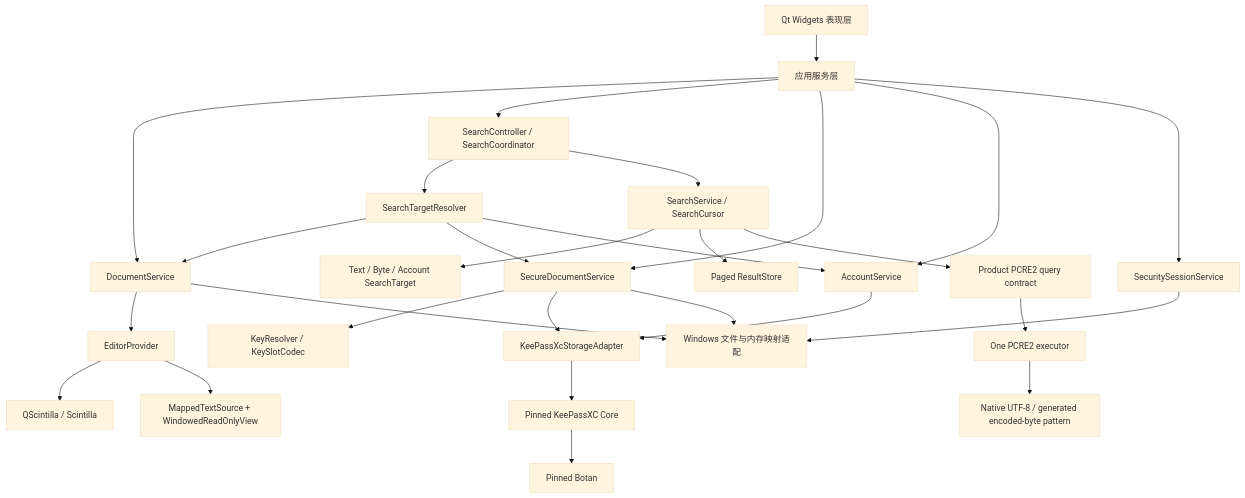
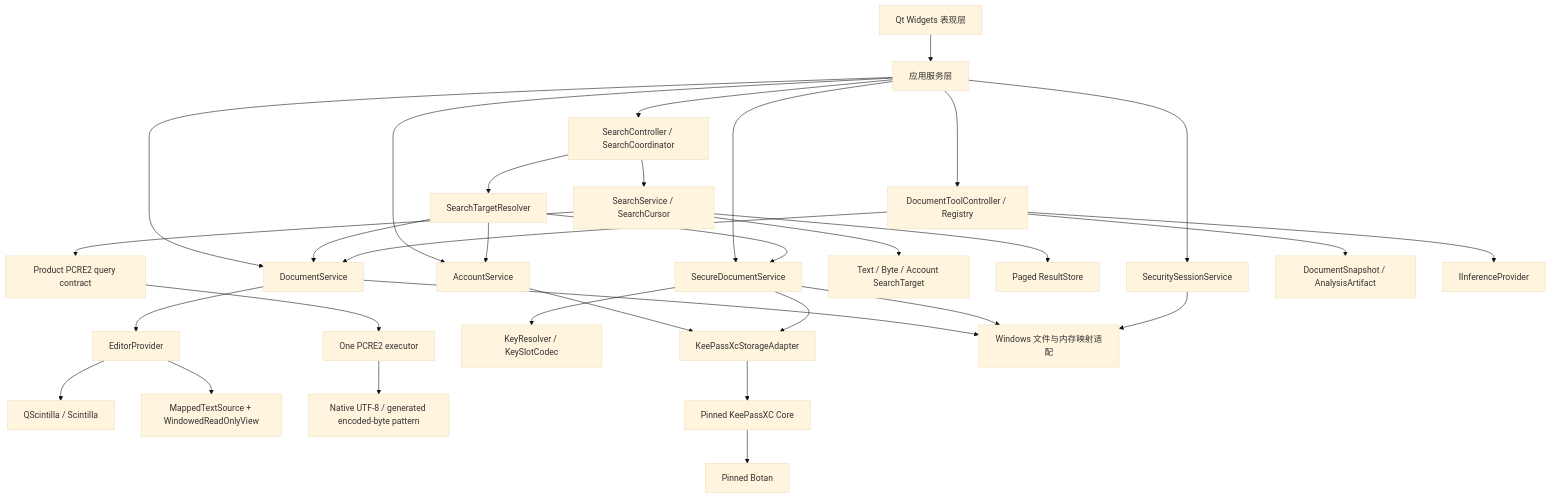
The first of 8 diagrams in docs/DESIGN.md (iwandac/Notepad-Safe), drawn with Mermaid (base theme) before and after one commit. The commit also changed other lines of this file and 31 other files, not shown here.

Commit message:
Fix editor regressions and establish architecture baseline

````diff
--- a/docs/DESIGN.md
+++ b/docs/DESIGN.md
@@ -89,34 +110,39 @@
 ```mermaid
 flowchart TB
     UI["Qt Widgets 表现层"] --> APP["应用服务层"]
     APP --> DOC["DocumentService"]
     APP --> SEARCH["SearchController / SearchCoordinator"]
+    APP --> TOOLS["DocumentToolController / Registry"]
     APP --> SECURE["SecureDocumentService"]
     APP --> ACCOUNT["AccountService"]
     APP --> SESSION["SecuritySessionService"]
 
     DOC --> EDITOR["EditorProvider"]
     EDITOR --> SCI["QScintilla / Scintilla"]
     EDITOR --> MAP["MappedTextSource + WindowedReadOnlyView"]
 
     SEARCH --> TARGET["SearchTargetResolver"]
     TARGET --> DOC
     TARGET --> SECURE
     TARGET --> ACCOUNT
     SEARCH --> ENGINE["SearchService / SearchCursor"]
     ENGINE --> SNAP["Text / Byte / Account SearchTarget"]
     ENGINE --> RESULT["Paged ResultStore"]
     ENGINE --> DIALECT["Product PCRE2 query contract"]
     DIALECT --> REGEX["One PCRE2 executor"]
     REGEX --> SOURCES["Native UTF-8 / generated encoded-byte pattern"]
 
+    TOOLS --> DOC
+    TOOLS --> TOOLSNAP["DocumentSnapshot / AnalysisArtifact"]
+    TOOLS --> INFER["IInferenceProvider"]
+
     SECURE --> KEY["KeyResolver / KeySlotCodec"]
     ACCOUNT --> ADAPTER["KeePassXcStorageAdapter"]
     SECURE --> ADAPTER
     ADAPTER --> KPXC["Pinned KeePassXC Core"]
     KPXC --> BOTAN["Pinned Botan"]
 
     DOC --> PLATFORM["Windows 文件与内存映射适配"]
     SECURE --> PLATFORM
     SESSION --> PLATFORM
 ```
````
